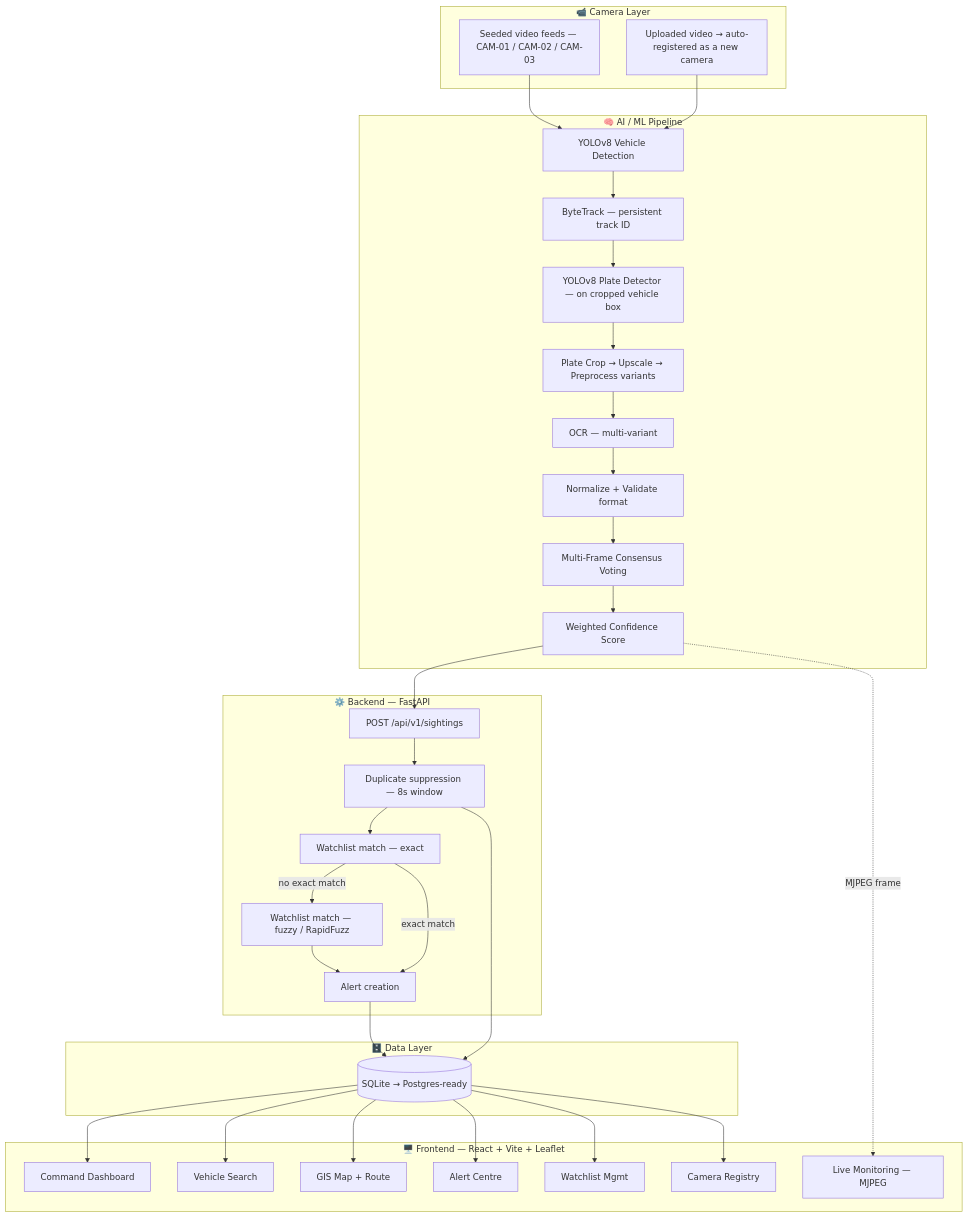
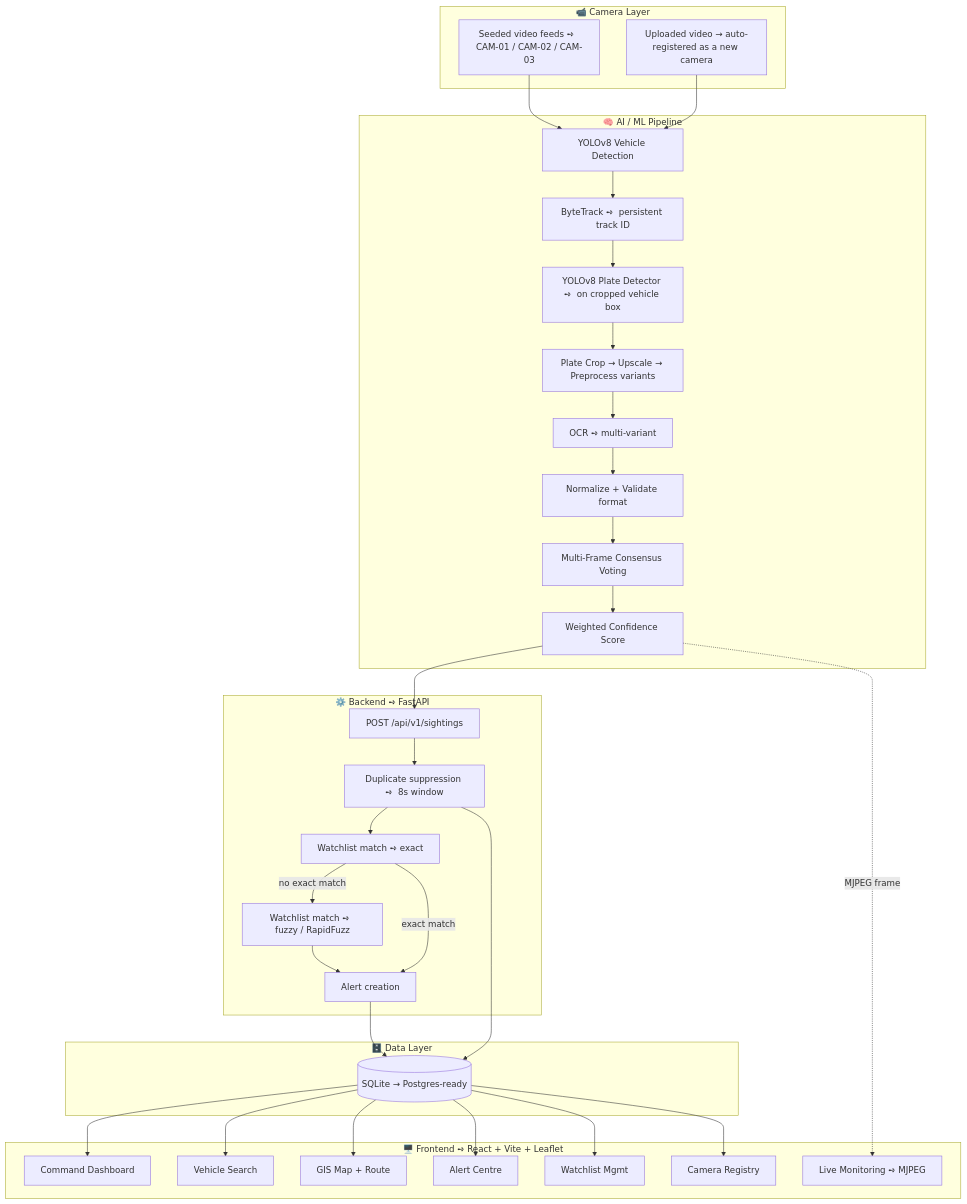
One commit to 10Prachi2006/Caught-In-4K changed the first of 2 diagrams in README.md. Above: the diagram before and after it, drawn with Mermaid. The commit also changed other lines of this file, not shown here.

````diff
--- a/README.md
+++ b/README.md
@@ -182,56 +182,56 @@
 ```mermaid
 flowchart TD
     subgraph CAM["📹 Camera Layer"]
-        C1[Seeded video feeds — CAM-01 / CAM-02 / CAM-03]
+        C1[Seeded video feeds ➺  CAM-01 / CAM-02 / CAM-03]
         C2[Uploaded video → auto-registered as a new camera]
     end
 
     subgraph AI["🧠 AI / ML Pipeline"]
         D1[YOLOv8 Vehicle Detection]
-        D2[ByteTrack — persistent track ID]
-        D3[YOLOv8 Plate Detector — on cropped vehicle box]
+        D2[ByteTrack ➺  persistent track ID]
+        D3[YOLOv8 Plate Detector ➺  on cropped vehicle box]
         D4[Plate Crop → Upscale → Preprocess variants]
-        D5[OCR — multi-variant]
+        D5[OCR ➺  multi-variant]
         D6[Normalize + Validate format]
         D7[Multi-Frame Consensus Voting]
         D8[Weighted Confidence Score]
     end
 
-    subgraph BACK["⚙️ Backend — FastAPI"]
+    subgraph BACK["⚙️ Backend ➺  FastAPI"]
         B1[POST /api/v1/sightings]
-        B2[Duplicate suppression — 8s window]
-        B3[Watchlist match — exact]
-        B4[Watchlist match — fuzzy / RapidFuzz]
+        B2[Duplicate suppression ➺  8s window]
+        B3[Watchlist match ➺  exact]
+        B4[Watchlist match ➺  fuzzy / RapidFuzz]
         B5[Alert creation]
     end
 
     subgraph DATA["🗄️ Data Layer"]
         DB[(SQLite → Postgres-ready)]
     end
 
-    subgraph FRONT["🖥️ Frontend — React + Vite + Leaflet"]
+    subgraph FRONT["🖥️ Frontend ➺  React + Vite + Leaflet"]
         F1[Command Dashboard]
-        F2[Live Monitoring — MJPEG]
+        F2[Live Monitoring ➺  MJPEG]
         F3[Vehicle Search]
         F4[GIS Map + Route]
         F5[Alert Centre]
         F6[Watchlist Mgmt]
         F7[Camera Registry]
     end
 
     C1 --> D1
     C2 --> D1
     D1 --> D2 --> D3 --> D4 --> D5 --> D6 --> D7 --> D8
     D8 --> B1 --> B2 --> B3
     B3 -->|no exact match| B4 --> B5
     B3 -->|exact match| B5
     B2 --> DB
     B5 --> DB
     DB --> F1
     DB --> F3
     DB --> F4
     DB --> F5
     DB --> F6
     DB --> F7
     D8 -.MJPEG frame.-> F2
 ```
````
